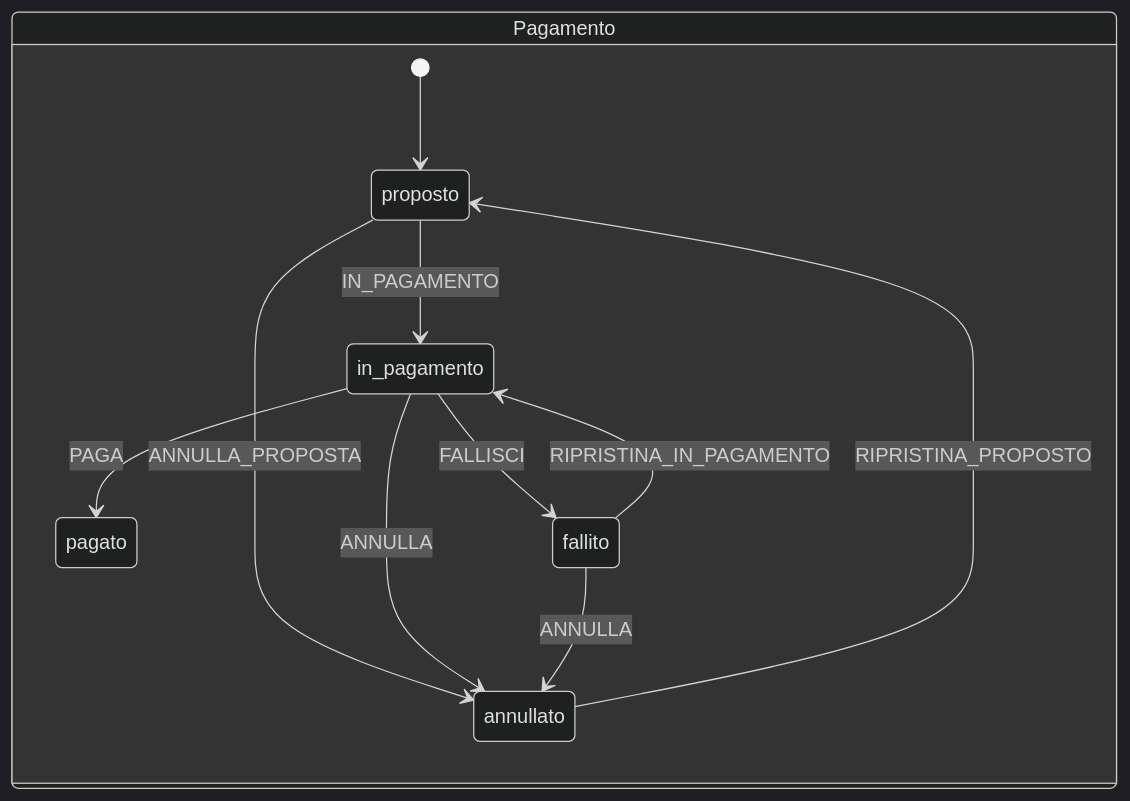
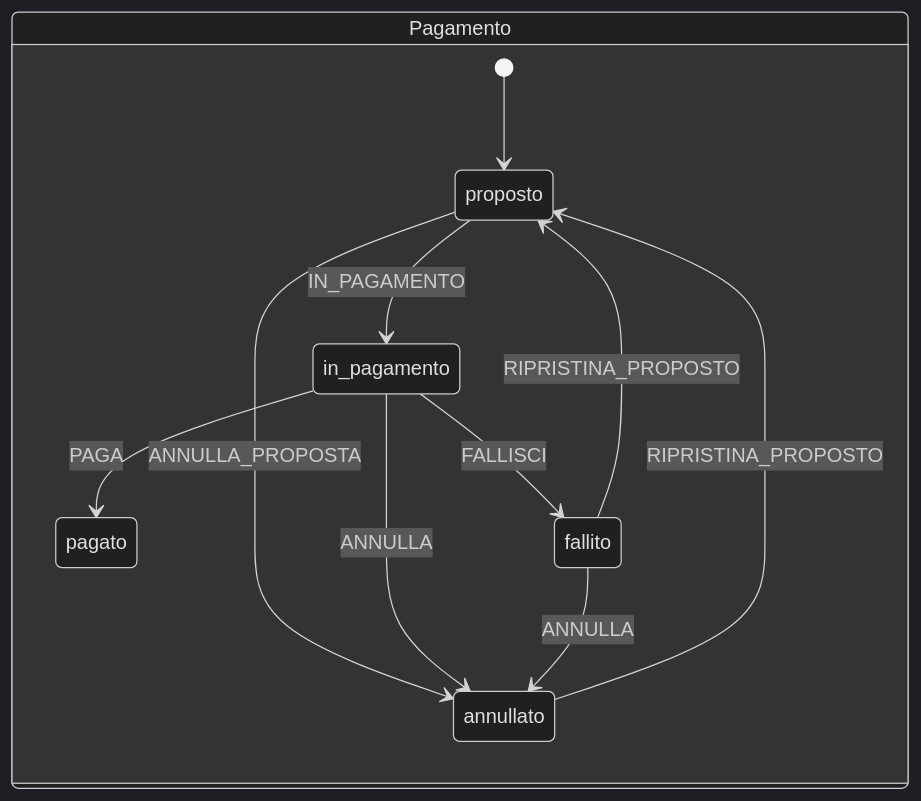
Before and after one commit to prinapo/volontari: the fourth of 4 diagrams in docs/flussi-stati.md, drawn with Mermaid (dark theme). The commit also changed other lines of this file and 25 other files, not shown here.

````diff
--- a/docs/flussi-stati.md
+++ b/docs/flussi-stati.md
@@ -168,15 +168,15 @@
 ```mermaid
 stateDiagram-v2
     direction LR
     state "Pagamento" as P {
         [*] --> proposto
         proposto --> in_pagamento : IN_PAGAMENTO
         proposto --> annullato : ANNULLA_PROPOSTA
         in_pagamento --> pagato : PAGA
         in_pagamento --> fallito : FALLISCI
         in_pagamento --> annullato : ANNULLA
         fallito --> annullato : ANNULLA
-        fallito --> in_pagamento : RIPRISTINA_IN_PAGAMENTO
+        fallito --> proposto : RIPRISTINA_PROPOSTO
         annullato --> proposto : RIPRISTINA_PROPOSTO
     }
 ```
````
